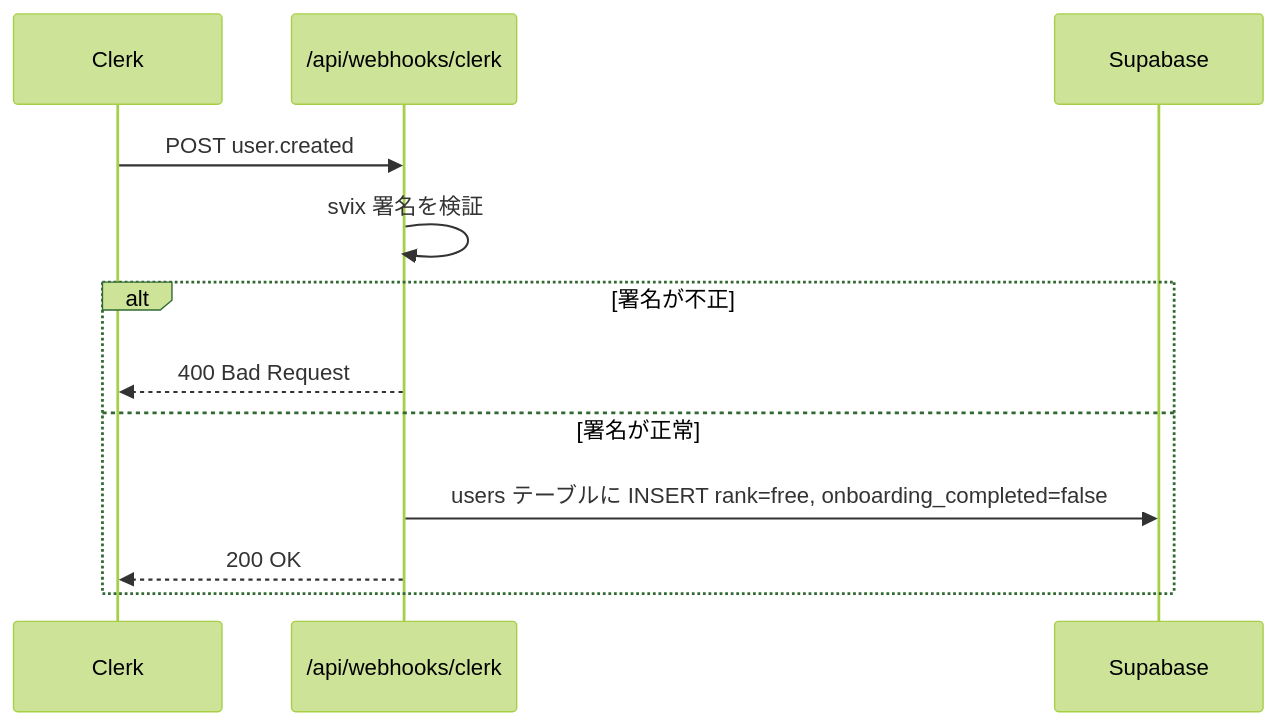
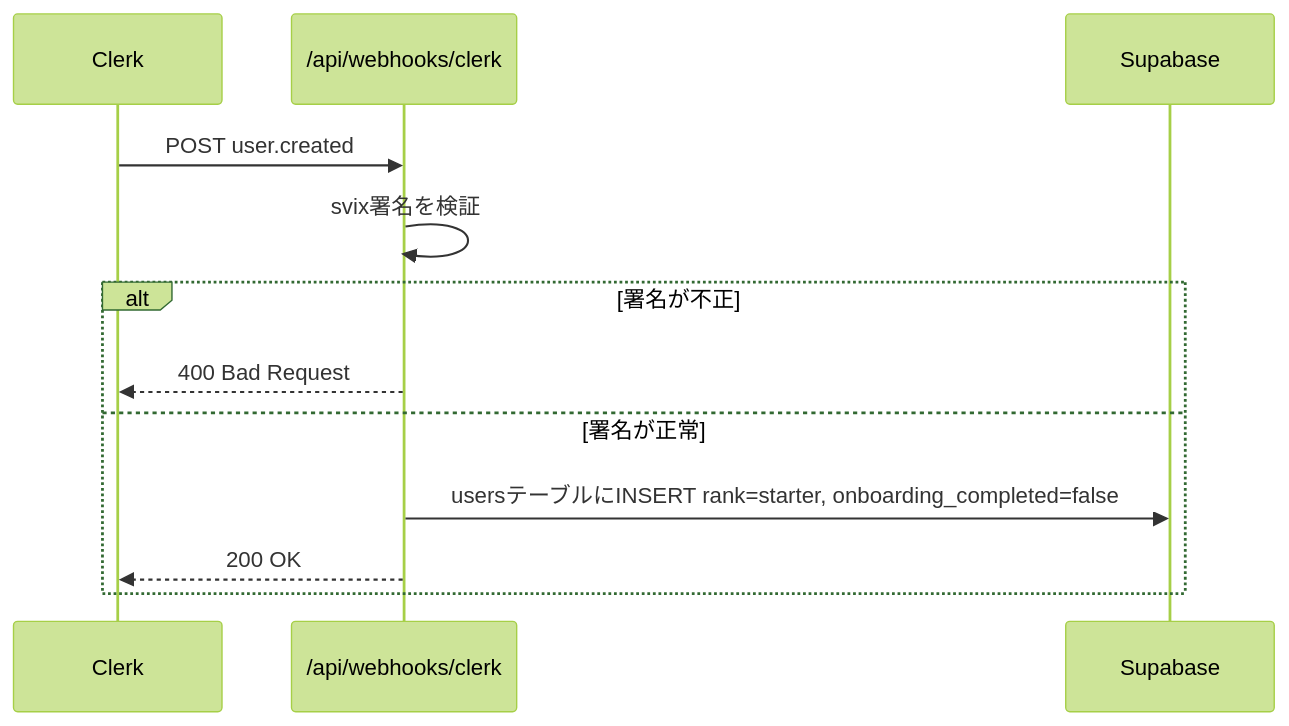
The fourth of 6 diagrams in docs/signup-flow.md (wknd-studio/brand-closed-ec), drawn with Mermaid (forest theme) before and after one commit. The commit also changed other lines of this file, not shown here.

````diff
--- a/docs/signup-flow.md
+++ b/docs/signup-flow.md
@@ -83,15 +102,15 @@
 ```mermaid
 sequenceDiagram
     participant Clerk
     participant Webhook as /api/webhooks/clerk
     participant DB as Supabase
 
     Clerk->>Webhook: POST user.created
-    Webhook->>Webhook: svix 署名を検証
+    Webhook->>Webhook: svix署名を検証
     alt 署名が不正
         Webhook-->>Clerk: 400 Bad Request
     else 署名が正常
-        Webhook->>DB: users テーブルに INSERT rank=free, onboarding_completed=false
+        Webhook->>DB: usersテーブルにINSERT rank=starter, onboarding_completed=false
         Webhook-->>Clerk: 200 OK
     end
 ```
````
